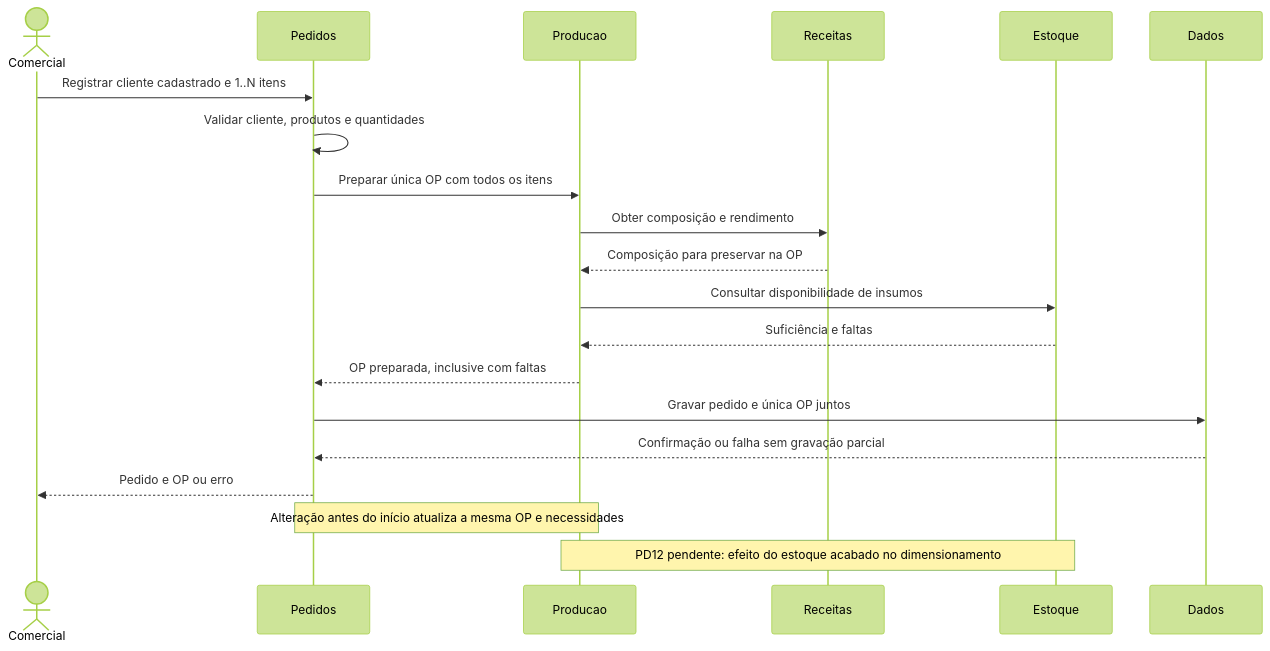
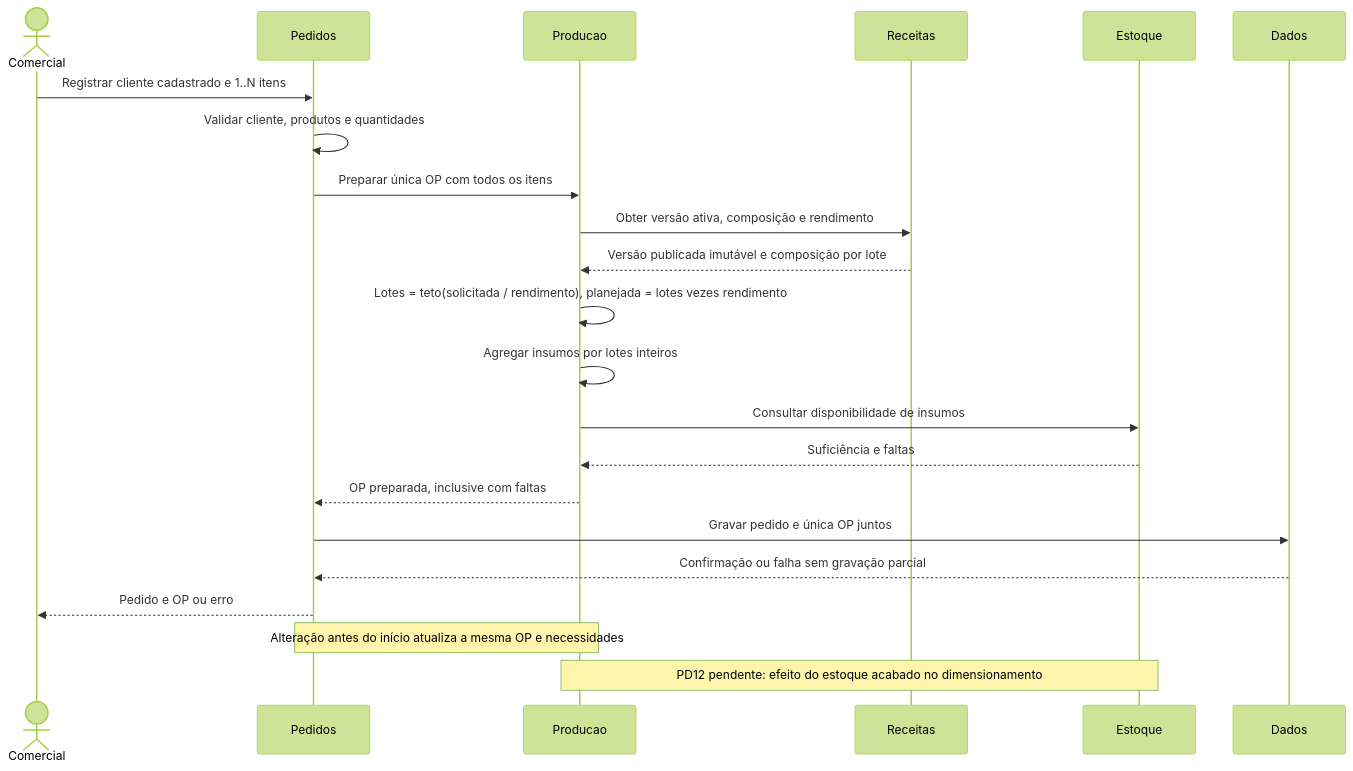
The first of 7 diagrams in docs/03-modelagem/sequencia/README.md (edumoreira7/TCC---Gestao-Integrada), drawn with Mermaid (forest theme) before and after one commit. The commit also changed other lines of this file and 74 other files, not shown here.

````diff
--- a/docs/03-modelagem/sequencia/README.md
+++ b/docs/03-modelagem/sequencia/README.md
@@ -7,22 +7,24 @@
 ```mermaid
 sequenceDiagram
     actor Comercial
     participant Pedidos
     participant Producao
     participant Receitas
     participant Estoque
     participant Dados
     Comercial->>Pedidos: Registrar cliente cadastrado e 1..N itens
     Pedidos->>Pedidos: Validar cliente, produtos e quantidades
     Pedidos->>Producao: Preparar única OP com todos os itens
-    Producao->>Receitas: Obter composição e rendimento
-    Receitas-->>Producao: Composição para preservar na OP
+    Producao->>Receitas: Obter versão ativa, composição e rendimento
+    Receitas-->>Producao: Versão publicada imutável e composição por lote
+    Producao->>Producao: Lotes = teto(solicitada / rendimento), planejada = lotes vezes rendimento
+    Producao->>Producao: Agregar insumos por lotes inteiros
     Producao->>Estoque: Consultar disponibilidade de insumos
     Estoque-->>Producao: Suficiência e faltas
     Producao-->>Pedidos: OP preparada, inclusive com faltas
     Pedidos->>Dados: Gravar pedido e única OP juntos
     Dados-->>Pedidos: Confirmação ou falha sem gravação parcial
     Pedidos-->>Comercial: Pedido e OP ou erro
     Note over Pedidos,Producao: Alteração antes do início atualiza a mesma OP e necessidades
     Note over Producao,Estoque: PD12 pendente: efeito do estoque acabado no dimensionamento
 ```
````
